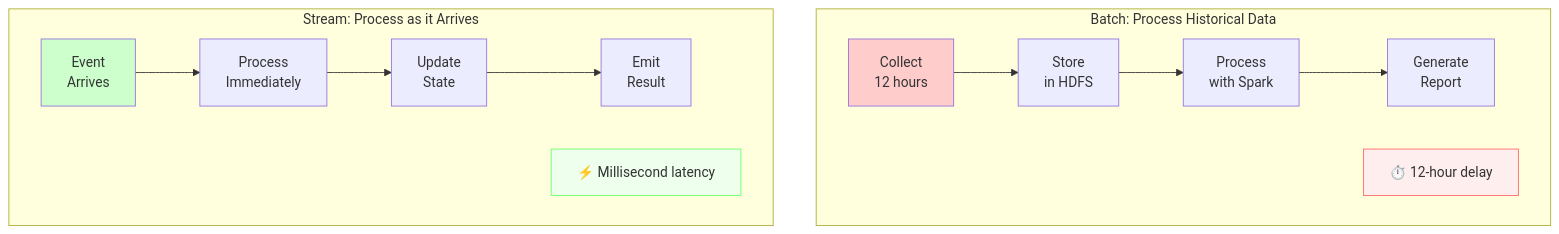
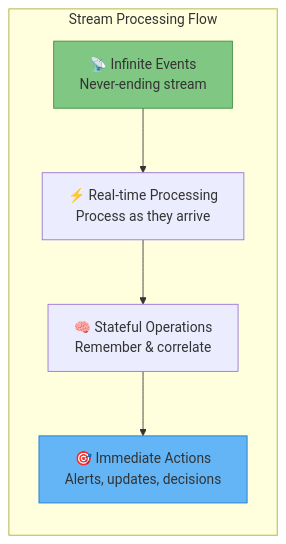
The first of 6 diagrams in docs/pattern-library/architecture/event-streaming.md (deepaucksharma/DStudio), drawn with Mermaid before and after one commit. The commit also changed other lines of this file and 5 other files, not shown here.

````diff
--- a/docs/pattern-library/architecture/event-streaming.md
+++ b/docs/pattern-library/architecture/event-streaming.md
@@ -131,21 +92,11 @@
 ```mermaid
-graph TB
-    subgraph "Batch: Process Historical Data"
-        B1[Collect<br/>12 hours] --> B2[Store<br/>in HDFS]
-        B2 --> B3[Process<br/>with Spark]
-        B3 --> B4[Generate<br/>Report]
-        BNote[⏱️ 12-hour delay]
+graph LR
+    subgraph "Stream Processing Flow"
+        A["📡 Infinite Events<br/>Never-ending stream"] --> B["⚡ Real-time Processing<br/>Process as they arrive"]
+        B --> C["🧠 Stateful Operations<br/>Remember & correlate"]
+        C --> D["🎯 Immediate Actions<br/>Alerts, updates, decisions"]
     end
     
-    subgraph "Stream: Process as it Arrives"
-        S1[Event<br/>Arrives] --> S2[Process<br/>Immediately]
-        S2 --> S3[Update<br/>State]
-        S3 --> S4[Emit<br/>Result]
-        SNote[⚡ Millisecond latency]
-    end
-    
-    style B1 fill:#ffcccc
-    style S1 fill:#ccffcc
-    style BNote fill:#ffeeee,stroke:#ff6666
-    style SNote fill:#eeffee,stroke:#66ff66
+    style A fill:#81c784,stroke:#388e3c
+    style D fill:#64b5f6,stroke:#1976d2
 ```
````
